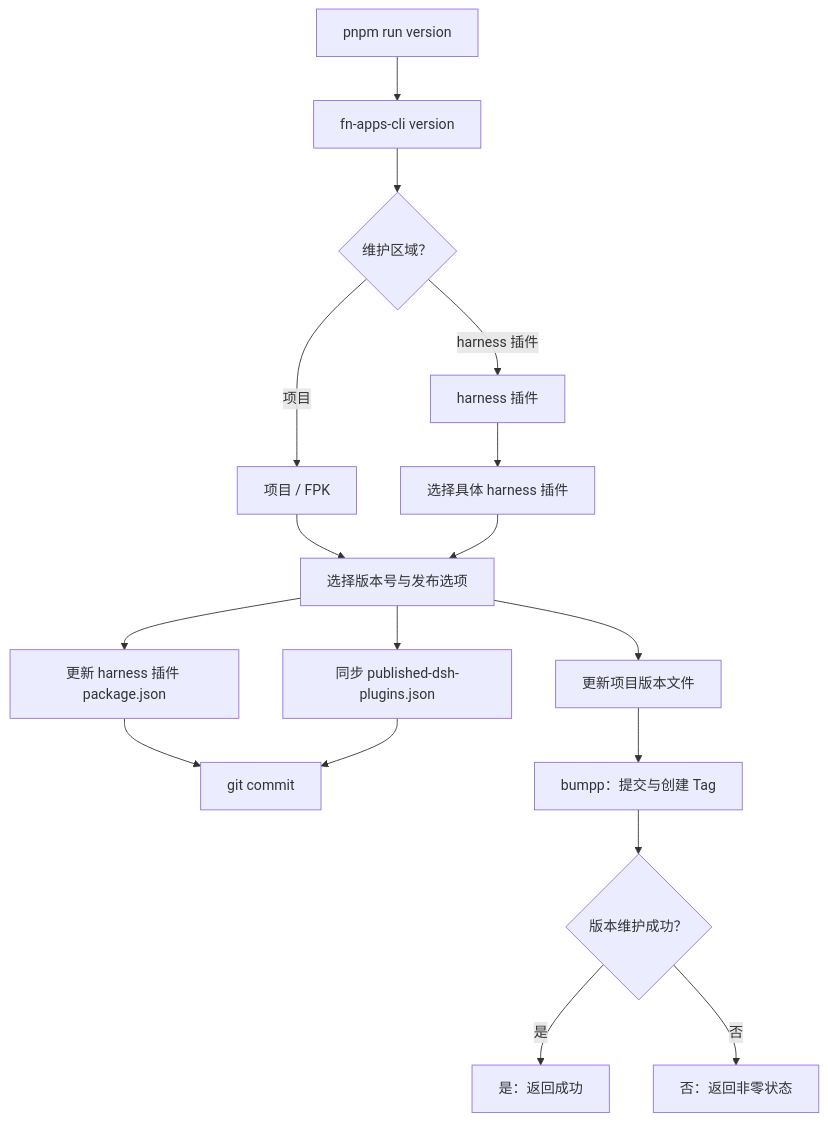
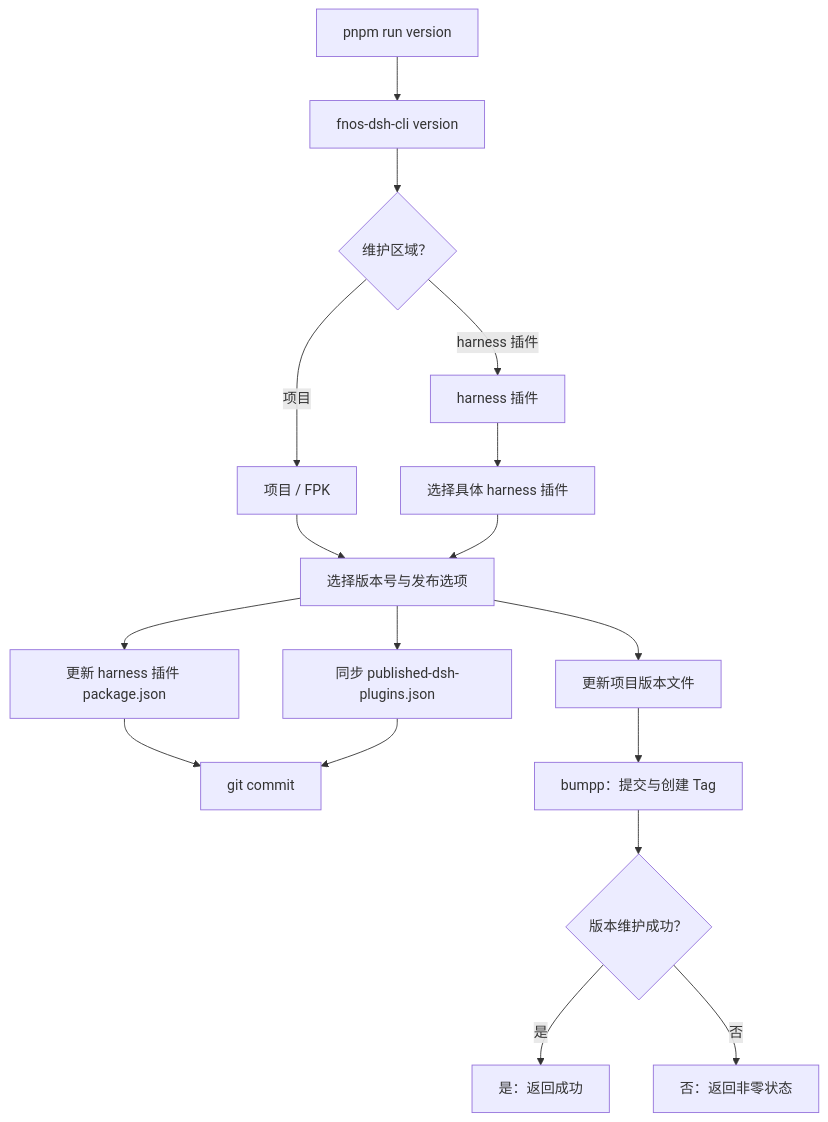
The first of 3 diagrams in docs/development/cli-commands.md (FNOSP/fnos-dsh), drawn with Mermaid before and after one commit. The commit also changed other lines of this file and 50 other files, not shown here.

````diff
--- a/docs/development/cli-commands.md
+++ b/docs/development/cli-commands.md
@@ -11,31 +11,31 @@
 ```mermaid
 flowchart TD
   command["pnpm run version"]
-  cli["fn-apps-cli version"]
+  cli["fnos-dsh-cli version"]
   area{"维护区域？"}
   project["项目 / FPK"]
   plugin["harness 插件"]
   pluginSelect["选择具体 harness 插件"]
   release["选择版本号与发布选项"]
   files["更新项目版本文件"]
   pluginFile["更新 harness 插件 package.json"]
   published["同步 published-dsh-plugins.json"]
   commit["git commit"]
   bumpp["bumpp：提交与创建 Tag"]
   status{"版本维护成功？"}
   result["是：返回成功"]
   fail["否：返回非零状态"]
 
   command --> cli --> area
   area -->|项目| project
   area -->|harness 插件| plugin
   project --> release --> files --> bumpp
   plugin --> pluginSelect --> release
   release --> pluginFile
   release --> published
   pluginFile --> commit
   published --> commit
   bumpp --> status
   status -->|是| result
   status -->|否| fail
 ```
````
